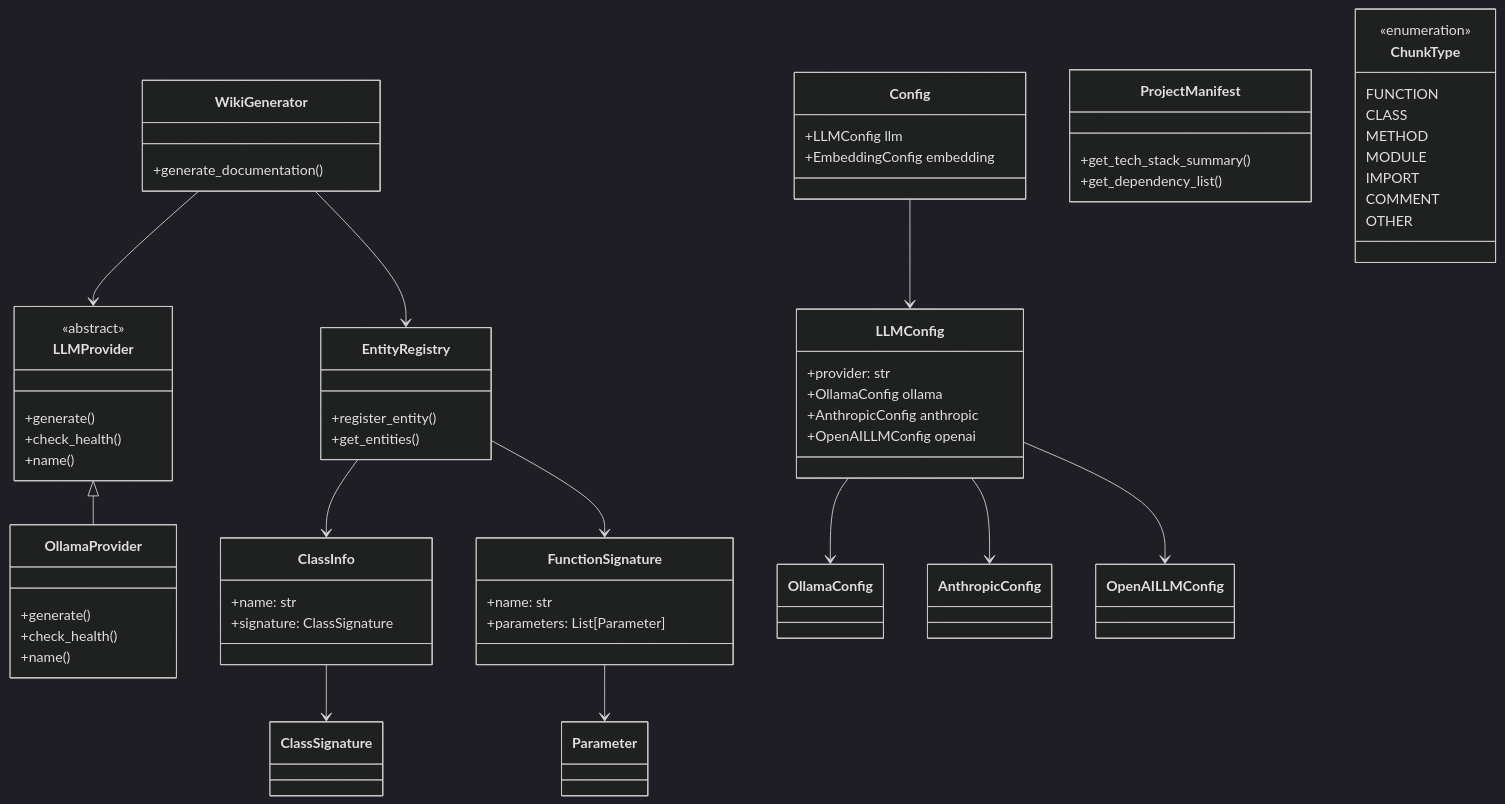
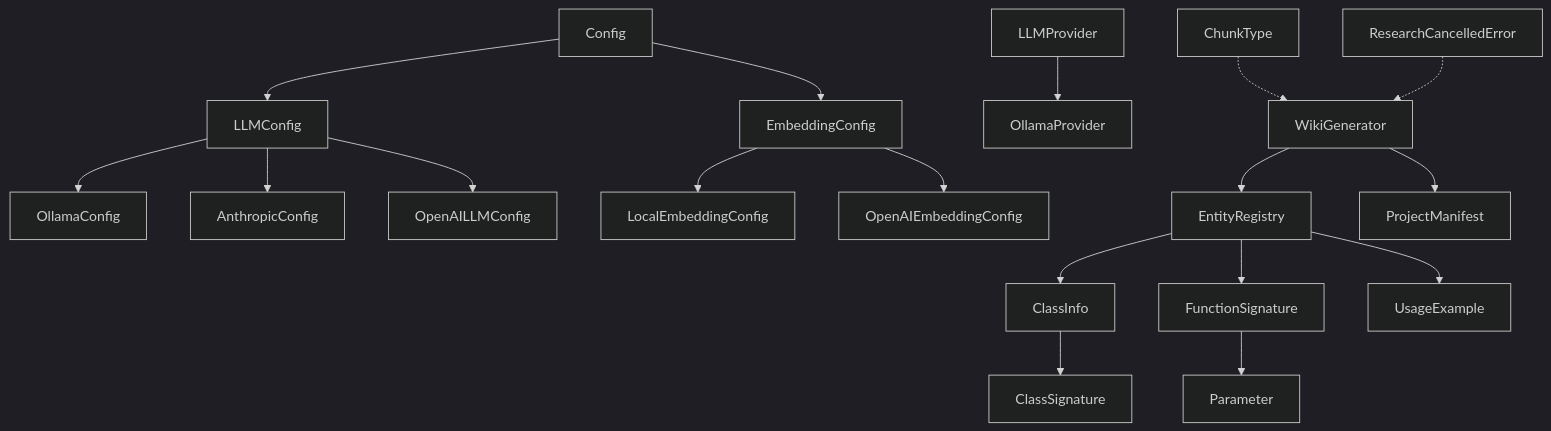
Before and after one commit to UrbanDiver/local-deepwiki-mcp: the first of 4 diagrams in .deepwiki/architecture.md, drawn with Mermaid (dark theme). The commit also changed other lines of this file and 46 other files, not shown here.

First line of the commit message:
Regenerate wiki with TypeScript/TSX parsing support

````diff
--- a/.deepwiki/architecture.md
+++ b/.deepwiki/architecture.md
@@ -57,74 +53,27 @@
 ```mermaid
-classDiagram
-    class Config {
-        +LLMConfig llm
-        +EmbeddingConfig embedding
-    }
+graph TB
+    Config --> LLMConfig
+    Config --> EmbeddingConfig
     
-    class LLMConfig {
-        +provider: str
-        +OllamaConfig ollama
-        +AnthropicConfig anthropic
-        +OpenAILLMConfig openai
-    }
+    LLMConfig --> OllamaConfig
+    LLMConfig --> AnthropicConfig  
+    LLMConfig --> OpenAILLMConfig
     
-    class LLMProvider {
-        <<abstract>>
-        +generate()
-        +check_health()
-        +name()
-    }
+    EmbeddingConfig --> LocalEmbeddingConfig
+    EmbeddingConfig --> OpenAIEmbeddingConfig
     
-    class OllamaProvider {
-        +generate()
-        +check_health()
-        +name()
-    }
+    LLMProvider --> OllamaProvider
     
-    class WikiGenerator {
-        +generate_documentation()
-    }
+    WikiGenerator --> EntityRegistry
+    WikiGenerator --> ProjectManifest
     
-    class EntityRegistry {
-        +register_entity()
-        +get_entities()
-    }
-    
-    class ProjectManifest {
-        +get_tech_stack_summary()
-        +get_dependency_list()
-    }
-    
-    class ChunkType {
-        <<enumeration>>
-        FUNCTION
-        CLASS
-        METHOD
-        MODULE
-        IMPORT
-        COMMENT
-        OTHER
-    }
-    
-    class ClassInfo {
-        +name: str
-        +signature: ClassSignature
-    }
-    
-    class FunctionSignature {
-        +name: str
-        +parameters: List[Parameter]
-    }
-    
-    Config --> LLMConfig
-    LLMConfig --> OllamaConfig
-    LLMConfig --> AnthropicConfig
-    LLMConfig --> OpenAILLMConfig
-    LLMProvider <|-- OllamaProvider
-    WikiGenerator --> LLMProvider
-    WikiGenerator --> EntityRegistry
     EntityRegistry --> ClassInfo
     EntityRegistry --> FunctionSignature
+    EntityRegistry --> UsageExample
+    
     ClassInfo --> ClassSignature
     FunctionSignature --> Parameter
+    
+    ChunkType -.-> WikiGenerator
+    ResearchCancelledError -.-> WikiGenerator
 ```
````
